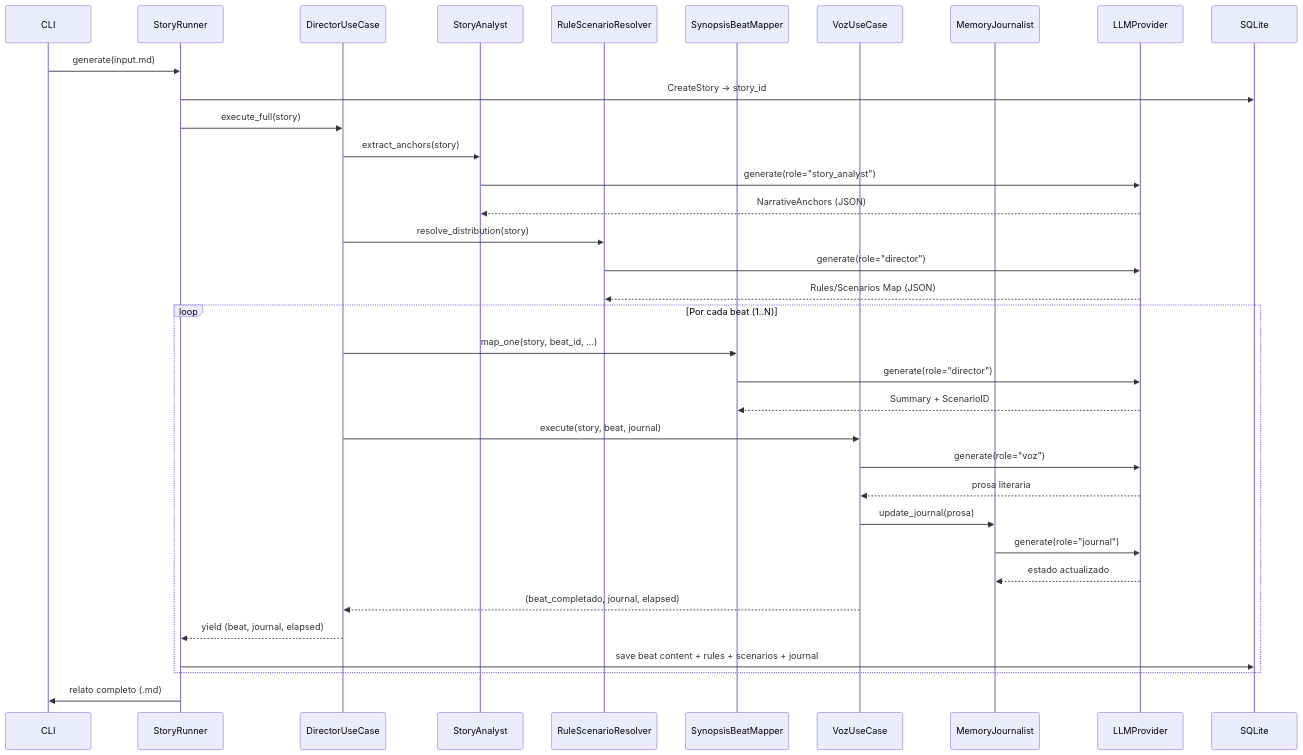
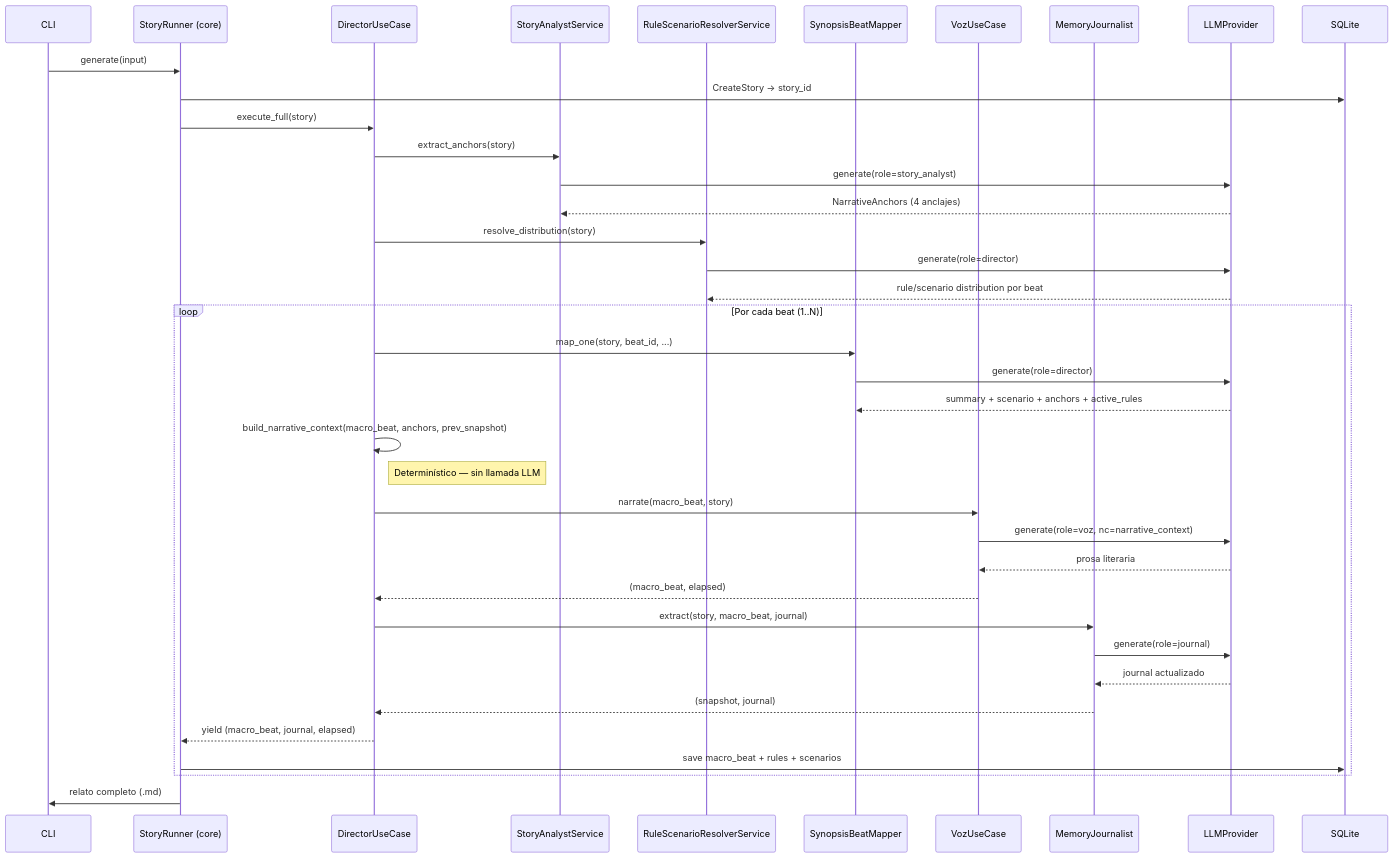
Before and after one commit to rledesma912/automated_narrative: the first of 4 diagrams in README.md, drawn with Mermaid. The commit also changed other lines of this file and 130 other files, not shown here.

````diff
--- a/README.md
+++ b/README.md
@@ -35,44 +35,50 @@
 ```mermaid
 sequenceDiagram
     participant CLI
-    participant Runner as StoryRunner
+    participant Runner as StoryRunner (core)
     participant Dir as DirectorUseCase
-    participant Ana as StoryAnalyst
-    participant Res as RuleScenarioResolver
+    participant Ana as StoryAnalystService
+    participant Res as RuleScenarioResolverService
     participant Map as SynopsisBeatMapper
     participant Voz as VozUseCase
     participant Jrn as MemoryJournalist
     participant LLM as LLMProvider
     participant DB as SQLite
 
-    CLI->>Runner: generate(input.md)
+    CLI->>Runner: generate(input)
     Runner->>DB: CreateStory → story_id
 
     Runner->>Dir: execute_full(story)
 
     Dir->>Ana: extract_anchors(story)
-    Ana->>LLM: generate(role="story_analyst")
-    LLM-->>Ana: NarrativeAnchors (JSON)
+    Ana->>LLM: generate(role=story_analyst)
+    LLM-->>Ana: NarrativeAnchors (4 anclajes)
 
     Dir->>Res: resolve_distribution(story)
-    Res->>LLM: generate(role="director")
-    LLM-->>Res: Rules/Scenarios Map (JSON)
+    Res->>LLM: generate(role=director)
+    LLM-->>Res: rule/scenario distribution por beat
 
     loop Por cada beat (1..N)
         Dir->>Map: map_one(story, beat_id, ...)
-        Map->>LLM: generate(role="director")
-        LLM-->>Map: Summary + ScenarioID
-        
-        Dir->>Voz: execute(story, beat, journal)
-        Voz->>LLM: generate(role="voz")
+        Map->>LLM: generate(role=director)
+        LLM-->>Map: summary + scenario + anchors + active_rules
+
+        Dir->>Dir: build_narrative_context(macro_beat, anchors, prev_snapshot)
+        Note right of Dir: Determinístico — sin llamada LLM
+
+        Dir->>Voz: narrate(macro_beat, story)
+        Voz->>LLM: generate(role=voz, nc=narrative_context)
         LLM-->>Voz: prosa literaria
-        Voz->>Jrn: update_journal(prosa)
-        Jrn->>LLM: generate(role="journal")
-        LLM-->>Jrn: estado actualizado
-        Voz-->>Dir: (beat_completado, journal, elapsed)
-        Dir-->>Runner: yield (beat, journal, elapsed)
-        Runner->>DB: save beat content + rules + scenarios + journal
+        Voz-->>Dir: (macro_beat, elapsed)
+
+        Dir->>Jrn: extract(story, macro_beat, journal)
+        Jrn->>LLM: generate(role=journal)
+        LLM-->>Jrn: journal actualizado
+        Jrn-->>Dir: (snapshot, journal)
+
+        Dir-->>Runner: yield (macro_beat, journal, elapsed)
+        Runner->>DB: save macro_beat + rules + scenarios
     end
 
     Runner->>CLI: relato completo (.md)
 ```
````
